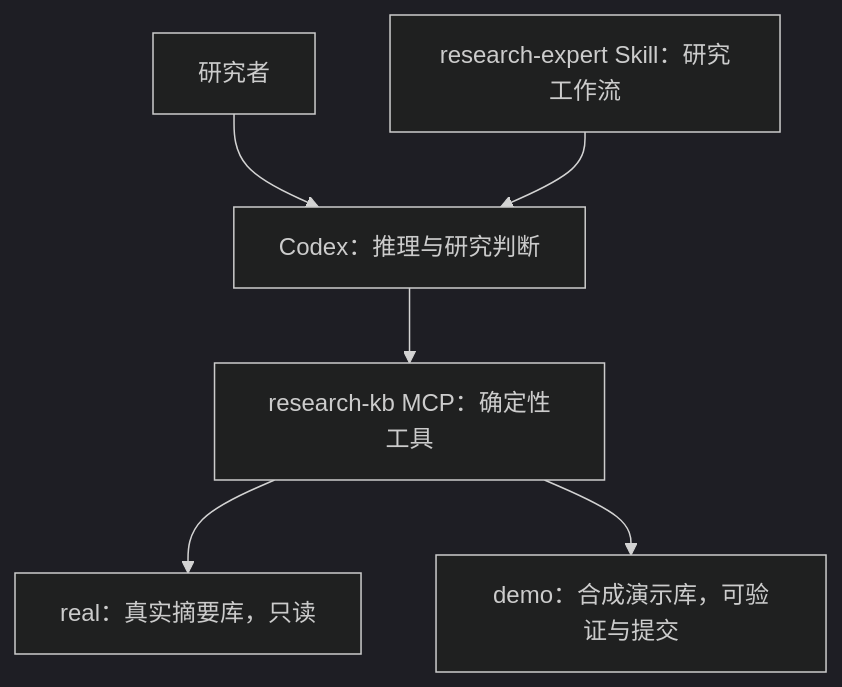
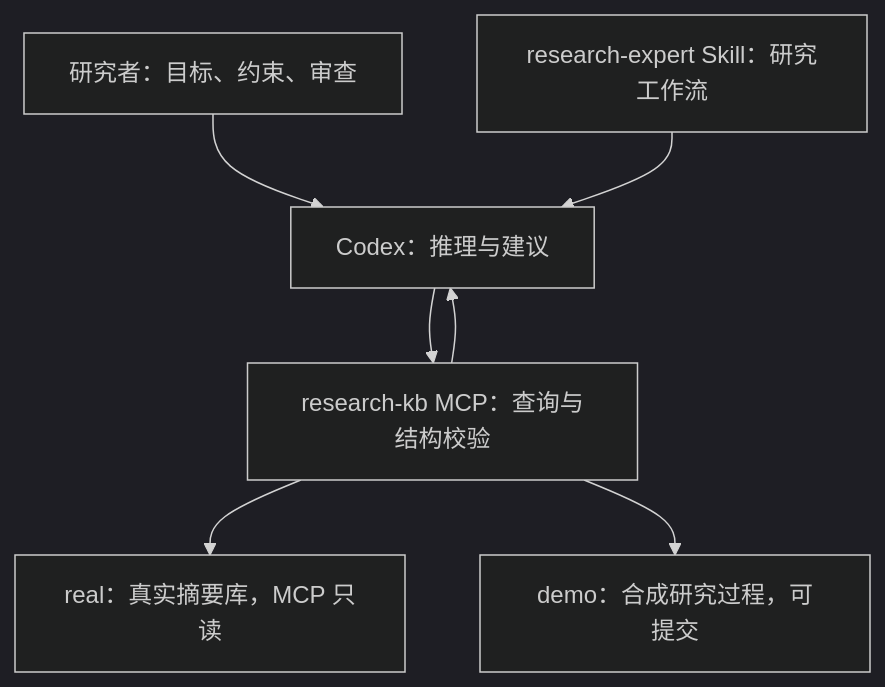
One commit to qiuwutong2/research-state-kb changed the diagram in README.md. Above: the diagram before and after it, drawn with Mermaid (dark theme). The commit also changed other lines of this file and 2 other files, not shown here.

Commit message:
Explain general research use, evidence-guided decisions and knowledge updates

````diff
--- a/README.md
+++ b/README.md
@@ -11,8 +121,9 @@
 ```mermaid
 flowchart TD
-    U[研究者] --> C[Codex：推理与研究判断]
+    U[研究者：目标、约束、审查] --> C[Codex：推理与建议]
     S[research-expert Skill：研究工作流] --> C
-    C --> M[research-kb MCP：确定性工具]
-    M --> R[real：真实摘要库，只读]
-    M --> D[demo：合成演示库，可验证与提交]
+    C --> M[research-kb MCP：查询与结构校验]
+    M --> R[real：真实摘要库，MCP 只读]
+    M --> D[demo：合成研究过程，可提交]
+    M --> C
 ```
````
